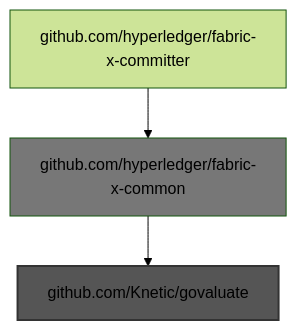
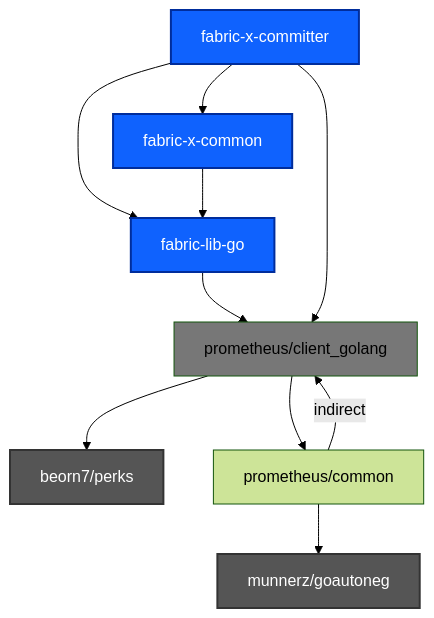
The first of 9 diagrams in bad-imports-analysis.md (liran-funaro/fabric-x-committer), drawn with Mermaid (forest theme) before and after one commit. The commit also changed other lines of this file and 2 other files, not shown here.

````diff
--- a/bad-imports-analysis.md
+++ b/bad-imports-analysis.md
@@ -5,7 +14,18 @@
 ```mermaid
 graph TD
-    github.com/hyperledger/fabric-x-committer --> github.com/hyperledger/fabric-x-common
-    github.com/hyperledger/fabric-x-common --> github.com/Knetic/govaluate
-    style github.com/Knetic/govaluate fill:#555,stroke:#333,stroke-width:2px
-    style github.com/hyperledger/fabric-x-common fill:#777
+    fabric-lib-go --> prometheus/client_golang
+    fabric-x-committer --> fabric-lib-go
+    fabric-x-committer --> fabric-x-common
+    fabric-x-committer --> prometheus/client_golang
+    fabric-x-common --> fabric-lib-go
+    prometheus/client_golang --> beorn7/perks
+    prometheus/client_golang --> prometheus/common
+    prometheus/common --> munnerz/goautoneg
+    prometheus/common -->|indirect| prometheus/client_golang
+    style beorn7/perks fill:#555,stroke:#333,stroke-width:2px,color:#fff
+    style fabric-lib-go fill:#0f62fe,stroke:#002d9c,stroke-width:2px,color:#fff
+    style fabric-x-committer fill:#0f62fe,stroke:#002d9c,stroke-width:2px,color:#fff
+    style fabric-x-common fill:#0f62fe,stroke:#002d9c,stroke-width:2px,color:#fff
+    style munnerz/goautoneg fill:#555,stroke:#333,stroke-width:2px,color:#fff
+    style prometheus/client_golang fill:#777
 ```
````
